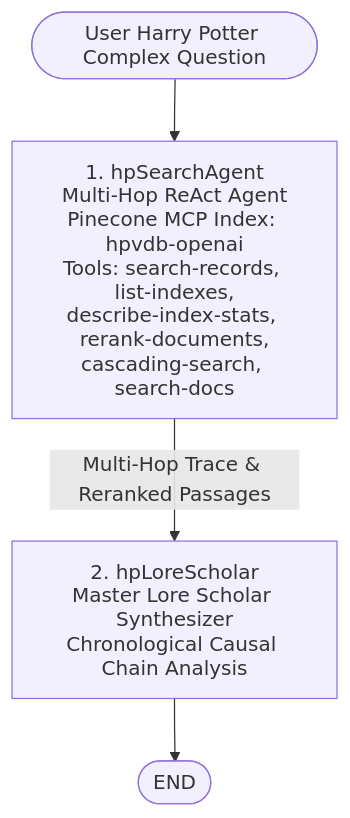
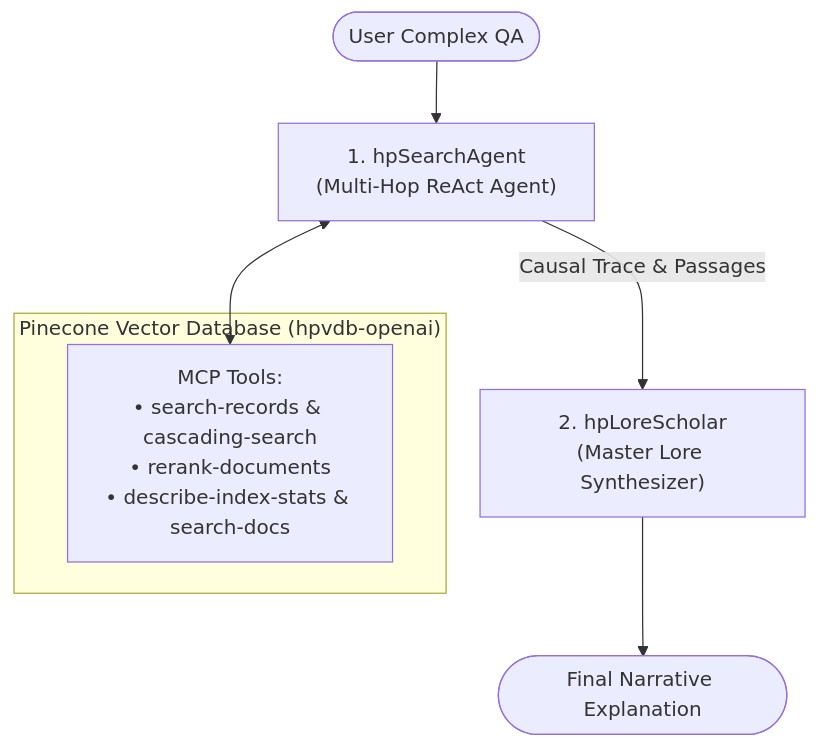
One commit to ambideXtrous9/Langchain-Langgraph-Notebooks changed the seventh of 14 diagrams in README.md. Above: the diagram before and after it, drawn with Mermaid. The commit also changed other lines of this file, not shown here.

Commit message:
docs(readme): thoroughly clean, simplify and standardize all 14 architecture and workflow diagrams

````diff
--- a/README.md
+++ b/README.md
@@ -561,8 +532,12 @@
 ```mermaid
 flowchart TD
-    Start([User Harry Potter Complex Question]) --> HPSearchAgent[1. hpSearchAgent\nMulti-Hop ReAct Agent\nPinecone MCP Index: hpvdb-openai\nTools: search-records, list-indexes,\ndescribe-index-stats, rerank-documents,\ncascading-search, search-docs]
-    HPSearchAgent -->|Multi-Hop Trace & Reranked Passages| HPLoreScholar[2. hpLoreScholar\nMaster Lore Scholar Synthesizer\nChronological Causal Chain Analysis]
-    HPLoreScholar --> EndNode([END])
+    Start(["User Complex QA"]) --> SearchAgent["1. hpSearchAgent\n(Multi-Hop ReAct Agent)"]
     
-    classDef default fill:#f2f0ff,line-height:1.2
+    subgraph PineconeMCP ["Pinecone Vector Database (hpvdb-openai)"]
+        Tools["MCP Tools:\n• search-records & cascading-search\n• rerank-documents\n• describe-index-stats & search-docs"]
+    end
+    
+    SearchAgent <--> Tools
+    SearchAgent -->|Causal Trace & Passages| Scholar["2. hpLoreScholar\n(Master Lore Synthesizer)"]
+    Scholar --> EndNode(["Final Narrative Explanation"])
 ```
````
